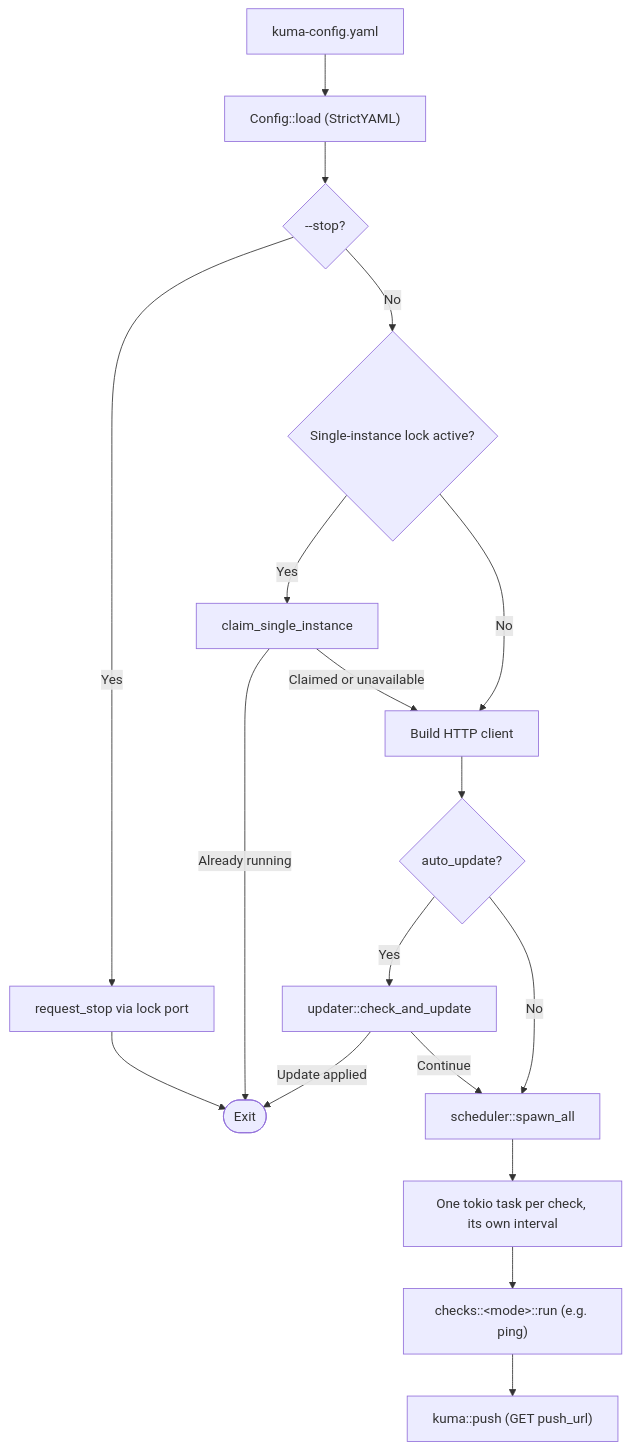
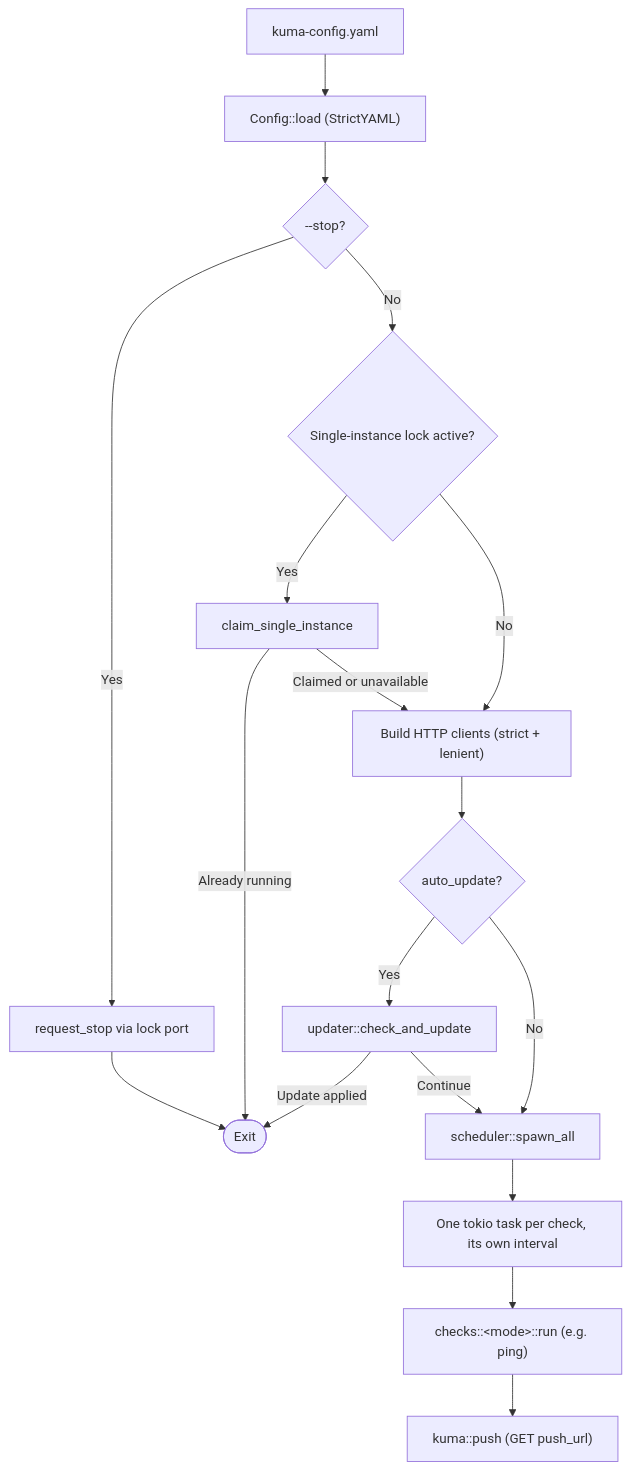
Before and after one commit to imthatguyhere/kuma-remote: the diagram in README.md, drawn with Mermaid. The commit also changed other lines of this file, not shown here.

````diff
--- a/README.md
+++ b/README.md
@@ -128,19 +128,19 @@
 ```mermaid
 flowchart TD
   A["kuma-config.yaml"] --> B["Config::load (StrictYAML)"]
   B --> C{"--stop?"}
   C -- "Yes" --> D["request_stop via lock port"] --> E(["Exit"])
   C -- "No" --> F{"Single-instance lock active?"}
   F -- "Yes" --> G["claim_single_instance"]
   G -- "Already running" --> E
-  G -- "Claimed or unavailable" --> H["Build HTTP client"]
+  G -- "Claimed or unavailable" --> H["Build HTTP clients (strict + lenient)"]
   F -- "No" --> H
   H --> I{"auto_update?"}
   I -- "Yes" --> J["updater::check_and_update"]
   J -- "Update applied" --> E
   J -- "Continue" --> K["scheduler::spawn_all"]
   I -- "No" --> K
   K --> L["One tokio task per check, its own interval"]
   L --> M["checks::&lt;mode&gt;::run (e.g. ping)"]
   M --> N["kuma::push (GET push_url)"]
 ```
````
